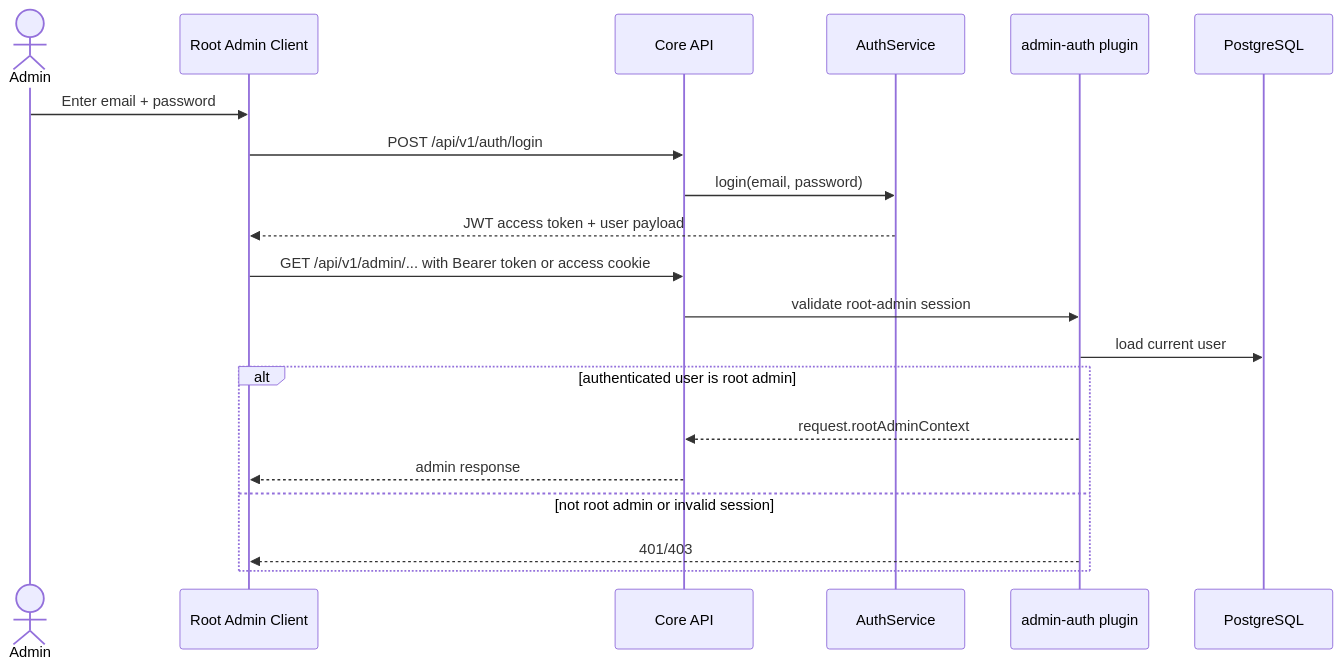
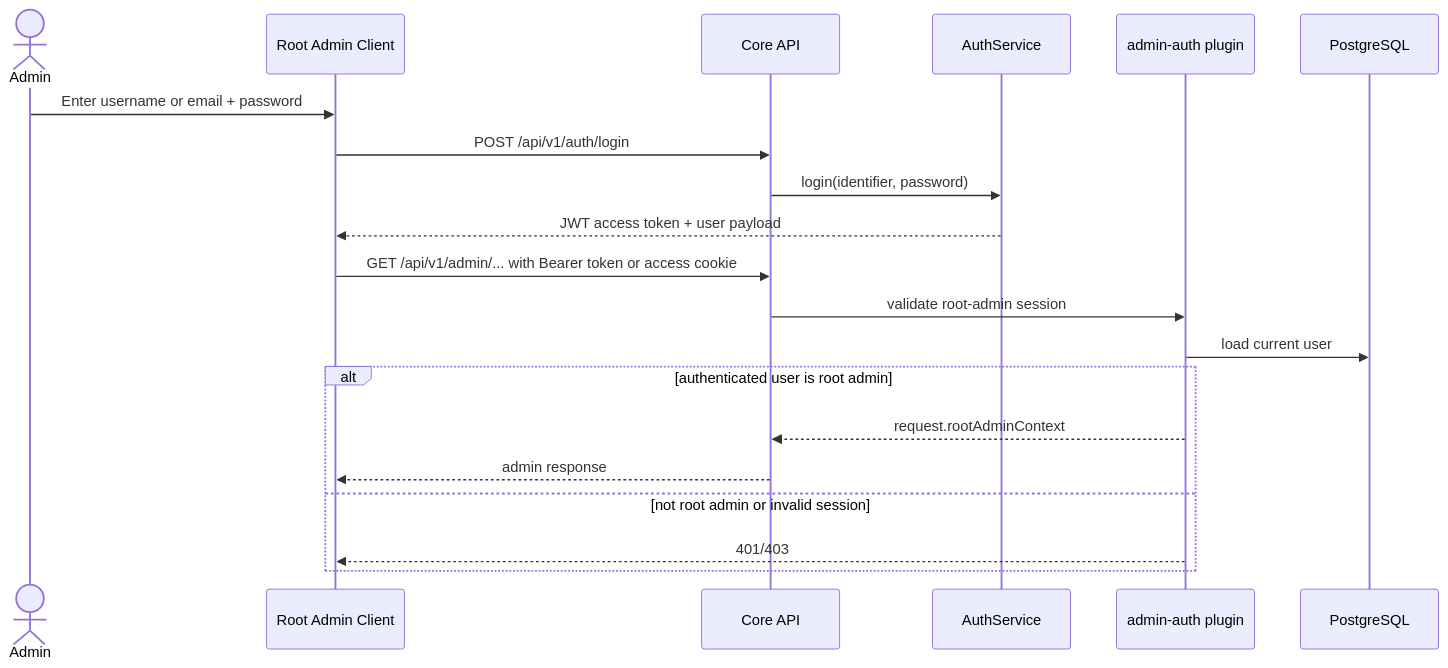
One commit to derek-dorazio/pool-master changed the fourth of 6 diagrams in docs/AUTHENTICATION-AUTHORIZATION.md. Above: the diagram before and after it, drawn with Mermaid. The commit also changed other lines of this file and 24 other files, not shown here.

````diff
--- a/docs/AUTHENTICATION-AUTHORIZATION.md
+++ b/docs/AUTHENTICATION-AUTHORIZATION.md
@@ -314,23 +314,23 @@
 ```mermaid
 sequenceDiagram
     actor Admin
     participant UI as Root Admin Client
     participant API as Core API
     participant Auth as AuthService
     participant AdminPlugin as admin-auth plugin
     participant DB as PostgreSQL
 
-    Admin->>UI: Enter email + password
+    Admin->>UI: Enter username or email + password
     UI->>API: POST /api/v1/auth/login
-    API->>Auth: login(email, password)
+    API->>Auth: login(identifier, password)
     Auth-->>UI: JWT access token + user payload
     UI->>API: GET /api/v1/admin/... with Bearer token or access cookie
     API->>AdminPlugin: validate root-admin session
     AdminPlugin->>DB: load current user
     alt authenticated user is root admin
         AdminPlugin-->>API: request.rootAdminContext
         API-->>UI: admin response
     else not root admin or invalid session
         AdminPlugin-->>UI: 401/403
     end
 ```
````
